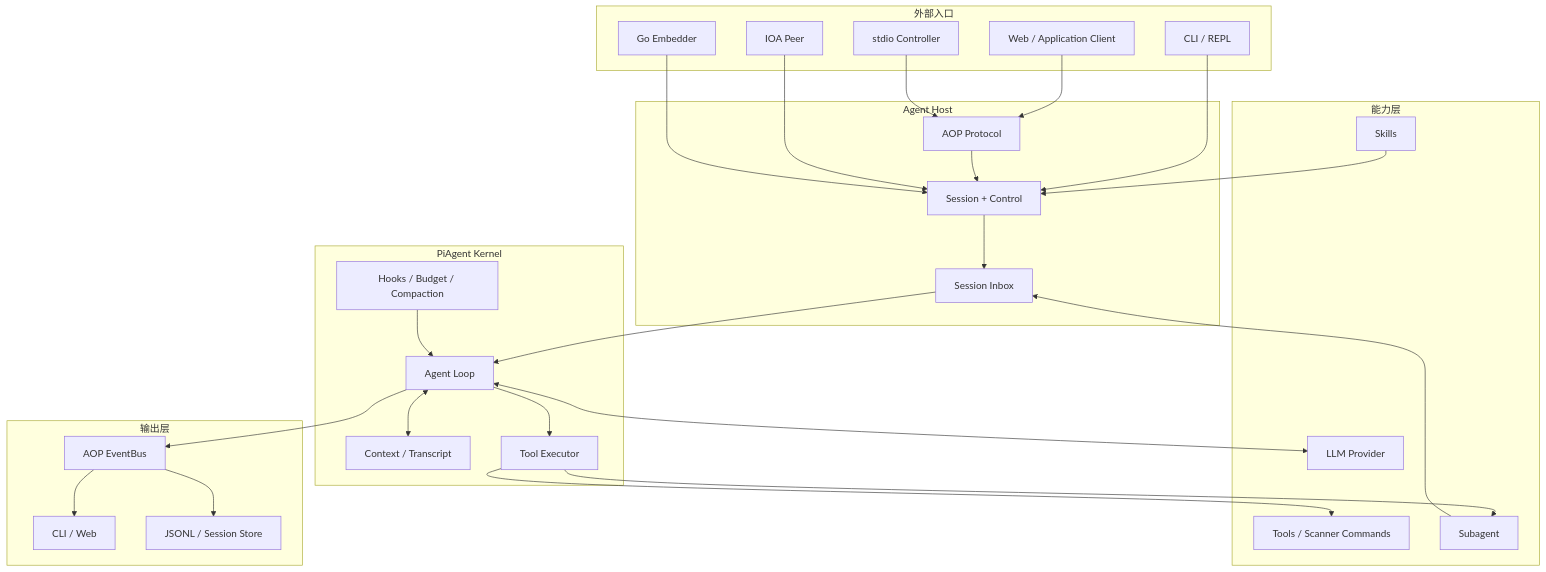
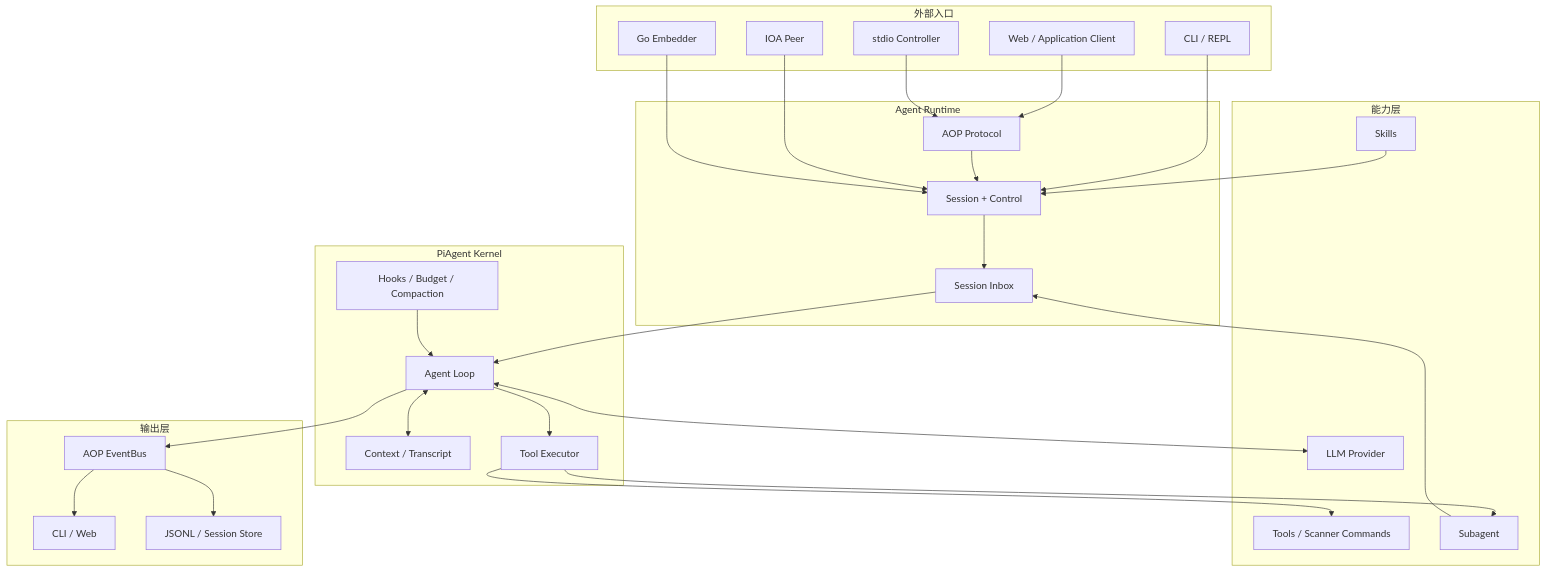
The first of 4 diagrams in docs/architecture.md (Go-Time/aiscan), drawn with Mermaid before and after one commit. The commit also changed other lines of this file and 118 other files, not shown here.

First line of the commit message:
refactor: separate app runtime console and communication host

````diff
--- a/docs/architecture.md
+++ b/docs/architecture.md
@@ -11,55 +11,55 @@
 ```mermaid
 flowchart TB
     subgraph ENTRY[外部入口]
         CLI[CLI / REPL]
         WEB[Web / Application Client]
         STDIO[stdio Controller]
         IOA[IOA Peer]
         EMBED[Go Embedder]
     end
 
-    subgraph RUNTIME[Agent Host]
+    subgraph RUNTIME[Agent Runtime]
         AOP[AOP Protocol]
         RT[Session + Control]
         INBOX[Session Inbox]
     end
 
     subgraph PI[PiAgent Kernel]
         LOOP[Agent Loop]
         CONTEXT[Context / Transcript]
         POLICY[Hooks / Budget / Compaction]
         EXEC[Tool Executor]
     end
 
     subgraph CAP[能力层]
         LLM[LLM Provider]
         TOOLS[Tools / Scanner Commands]
         SKILLS[Skills]
         SUB[Subagent]
     end
 
     subgraph OUTPUT[输出层]
         EVENTS[AOP EventBus]
         VIEW[CLI / Web]
         STORE[JSONL / Session Store]
     end
 
     CLI --> RT
     WEB --> AOP --> RT
     STDIO --> AOP
     IOA --> RT
     EMBED --> RT
     RT --> INBOX --> LOOP
 
     SKILLS --> RT
     LOOP <--> CONTEXT
     POLICY --> LOOP
     LOOP <--> LLM
     LOOP --> EXEC --> TOOLS
     EXEC --> SUB
     SUB --> INBOX
 
     LOOP --> EVENTS
     EVENTS --> VIEW
     EVENTS --> STORE
 ```
````
